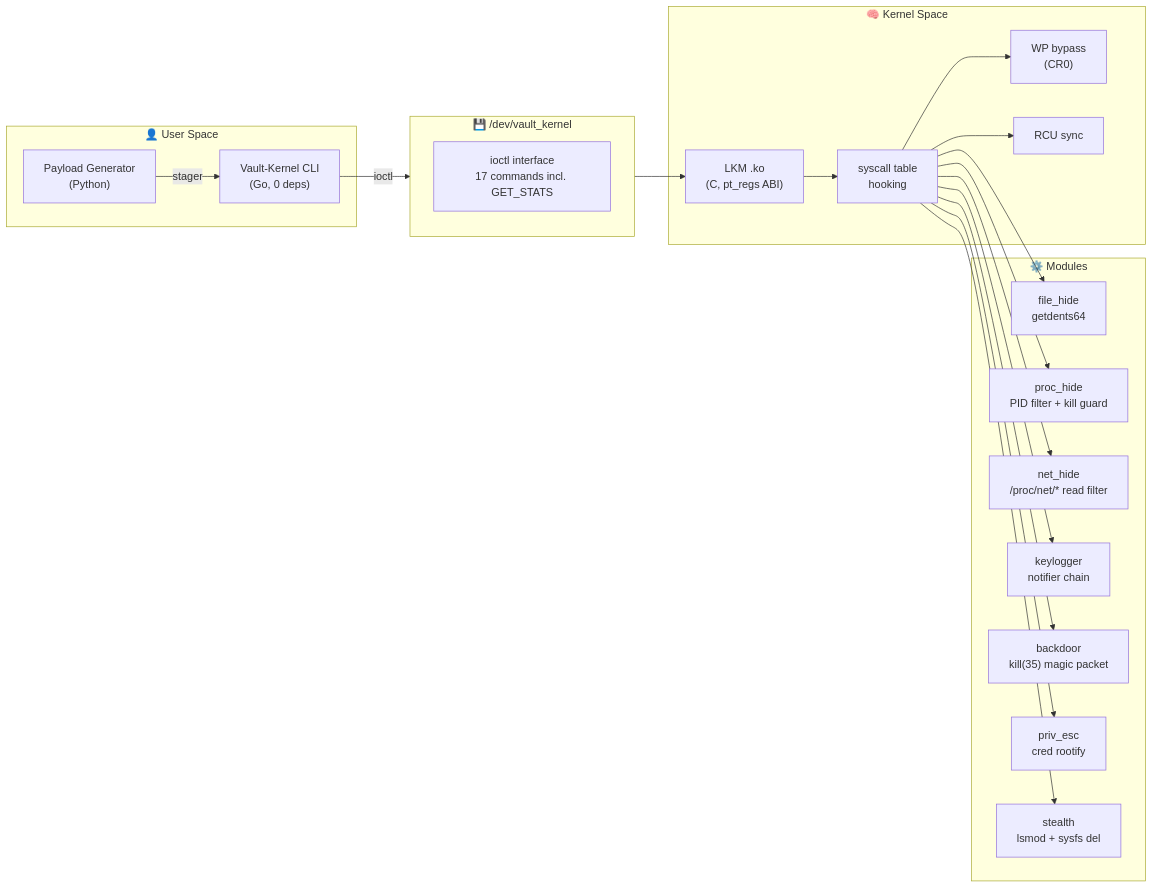
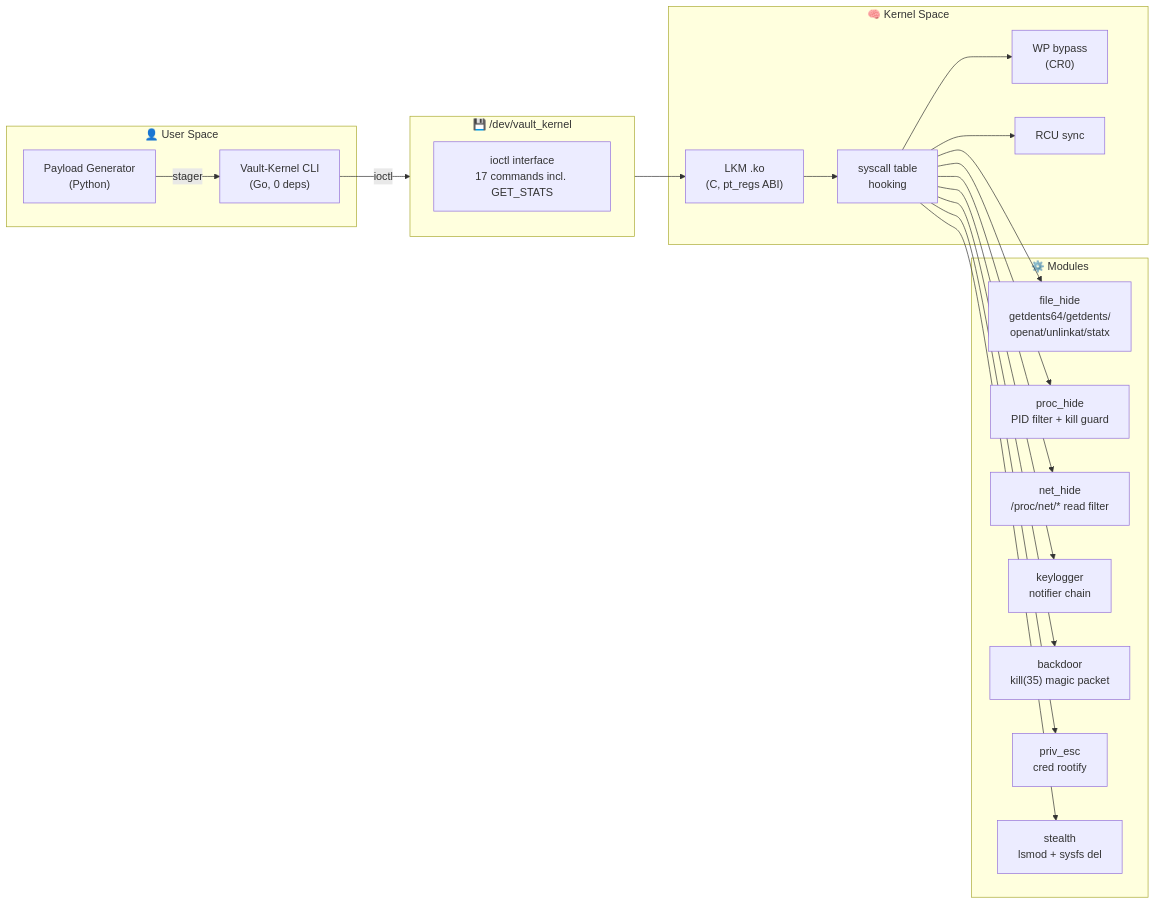
The diagram in README.md (Ruby570bocadito/Vault-Kernel), drawn with Mermaid before and after one commit. The commit also changed other lines of this file and 18 other files, not shown here.

````diff
--- a/README.md
+++ b/README.md
@@ -32,41 +32,41 @@
 ```mermaid
 flowchart LR
     subgraph User["👤 User Space"]
         CLI["Vault-Kernel CLI<br/>(Go, 0 deps)"]
         Payload["Payload Generator<br/>(Python)"]
     end
 
     subgraph Kernel["🧠 Kernel Space"]
         LKM["LKM .ko<br/>(C, pt_regs ABI)"]
         SCT["syscall table<br/>hooking"]
         WP["WP bypass<br/>(CR0)"]
         RCU["RCU sync"]
     end
 
     subgraph Ops["⚙️ Modules"]
-        FH["file_hide<br/>getdents64"]
+        FH["file_hide<br/>getdents64/getdents/<br/>openat/unlinkat/statx"]
         PH["proc_hide<br/>PID filter + kill guard"]
         NH["net_hide<br/>/proc/net/* read filter"]
         KL["keylogger<br/>notifier chain"]
         BS["backdoor<br/>kill(35) magic packet"]
         PE["priv_esc<br/>cred rootify"]
         SH["stealth<br/>lsmod + sysfs del"]
     end
 
     subgraph Device["💾 /dev/vault_kernel"]
         IOC["ioctl interface<br/>17 commands incl. GET_STATS"]
     end
 
     CLI -->|ioctl| Device
     Payload -->|stager| CLI
     Device --> LKM
     LKM --> SCT --> WP
     SCT --> RCU
     SCT --> FH
     SCT --> PH
     SCT --> NH
     SCT --> KL
     SCT --> BS
     SCT --> PE
     SCT --> SH
 ```
````
